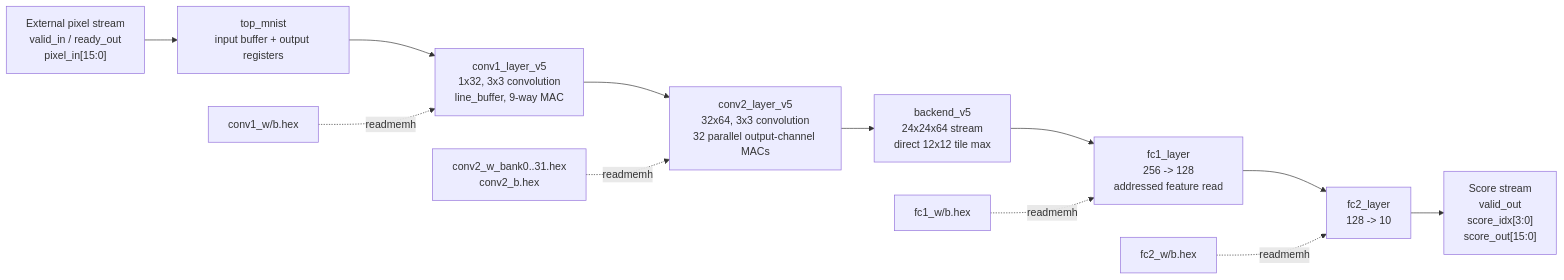
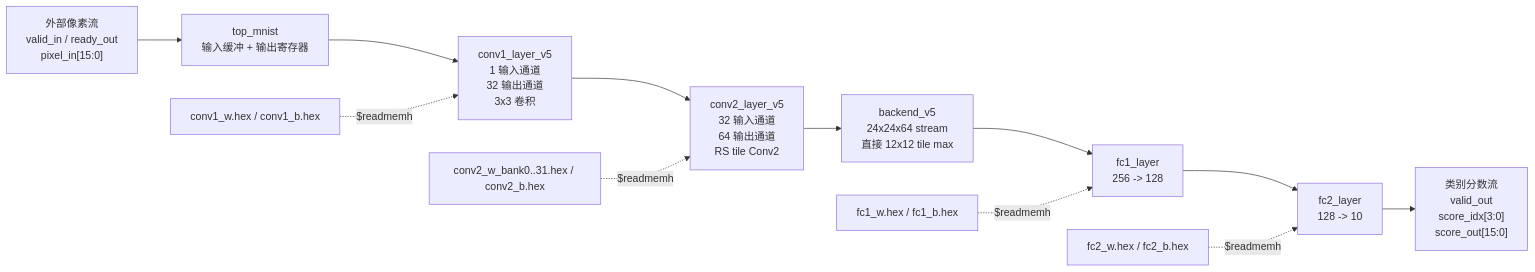
The diagram in README.md (zzhdegit/mnist-cnn-accelerator), drawn with Mermaid before and after one commit. The commit also changed other lines of this file and 167 other files, not shown here.

````diff
--- a/README.md
+++ b/README.md
@@ -20,15 +28,15 @@
 ```mermaid
 flowchart LR
-    EXT["External pixel stream<br/>valid_in / ready_out<br/>pixel_in[15:0]"] --> TOP["top_mnist<br/>input buffer + output registers"]
-    TOP --> C1["conv1_layer_v5<br/>1x32, 3x3 convolution<br/>line_buffer, 9-way MAC"]
-    C1 --> C2["conv2_layer_v5<br/>32x64, 3x3 convolution<br/>32 parallel output-channel MACs"]
-    C2 --> BE["backend_v5<br/>24x24x64 stream<br/>direct 12x12 tile max"]
-    BE --> F1["fc1_layer<br/>256 -> 128<br/>addressed feature read"]
+    IN["外部像素流<br/>valid_in / ready_out<br/>pixel_in[15:0]"] --> TOP["top_mnist<br/>输入缓冲 + 输出寄存器"]
+    TOP --> C1["conv1_layer_v5<br/>1 输入通道<br/>32 输出通道<br/>3x3 卷积"]
+    C1 --> C2["conv2_layer_v5<br/>32 输入通道<br/>64 输出通道<br/>RS tile Conv2"]
+    C2 --> BE["backend_v5<br/>24x24x64 stream<br/>直接 12x12 tile max"]
+    BE --> F1["fc1_layer<br/>256 -> 128"]
     F1 --> F2["fc2_layer<br/>128 -> 10"]
-    F2 --> OUT["Score stream<br/>valid_out<br/>score_idx[3:0]<br/>score_out[15:0]"]
+    F2 --> OUT["类别分数流<br/>valid_out<br/>score_idx[3:0]<br/>score_out[15:0]"]
 
-    W1["conv1_w/b.hex"] -. readmemh .-> C1
-    W2["conv2_w_bank0..31.hex<br/>conv2_b.hex"] -. readmemh .-> C2
-    W3["fc1_w/b.hex"] -. readmemh .-> F1
-    W4["fc2_w/b.hex"] -. readmemh .-> F2
+    W1["conv1_w.hex / conv1_b.hex"] -. "$readmemh" .-> C1
+    W2["conv2_w_bank0..31.hex / conv2_b.hex"] -. "$readmemh" .-> C2
+    W3["fc1_w.hex / fc1_b.hex"] -. "$readmemh" .-> F1
+    W4["fc2_w.hex / fc2_b.hex"] -. "$readmemh" .-> F2
 ```
````
